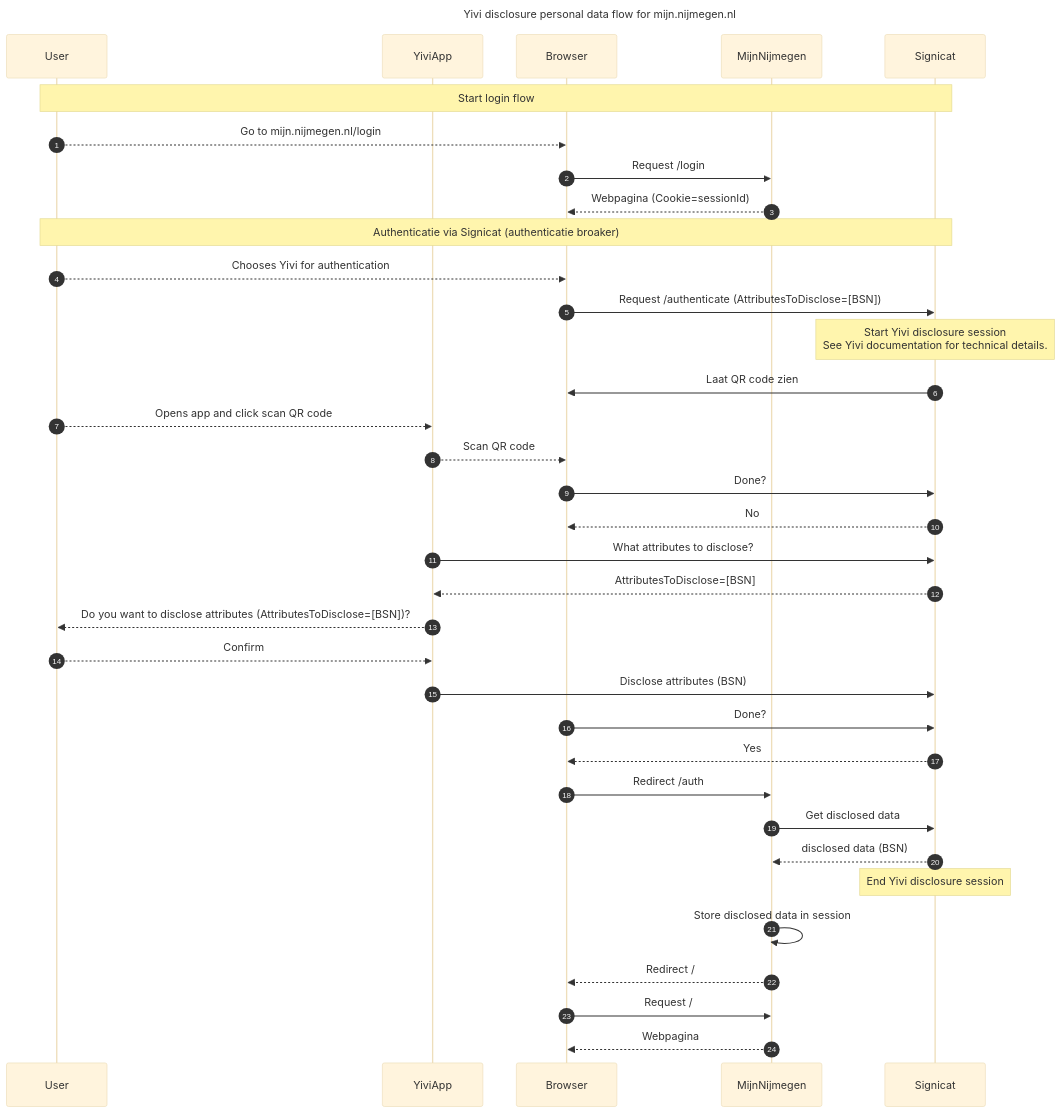
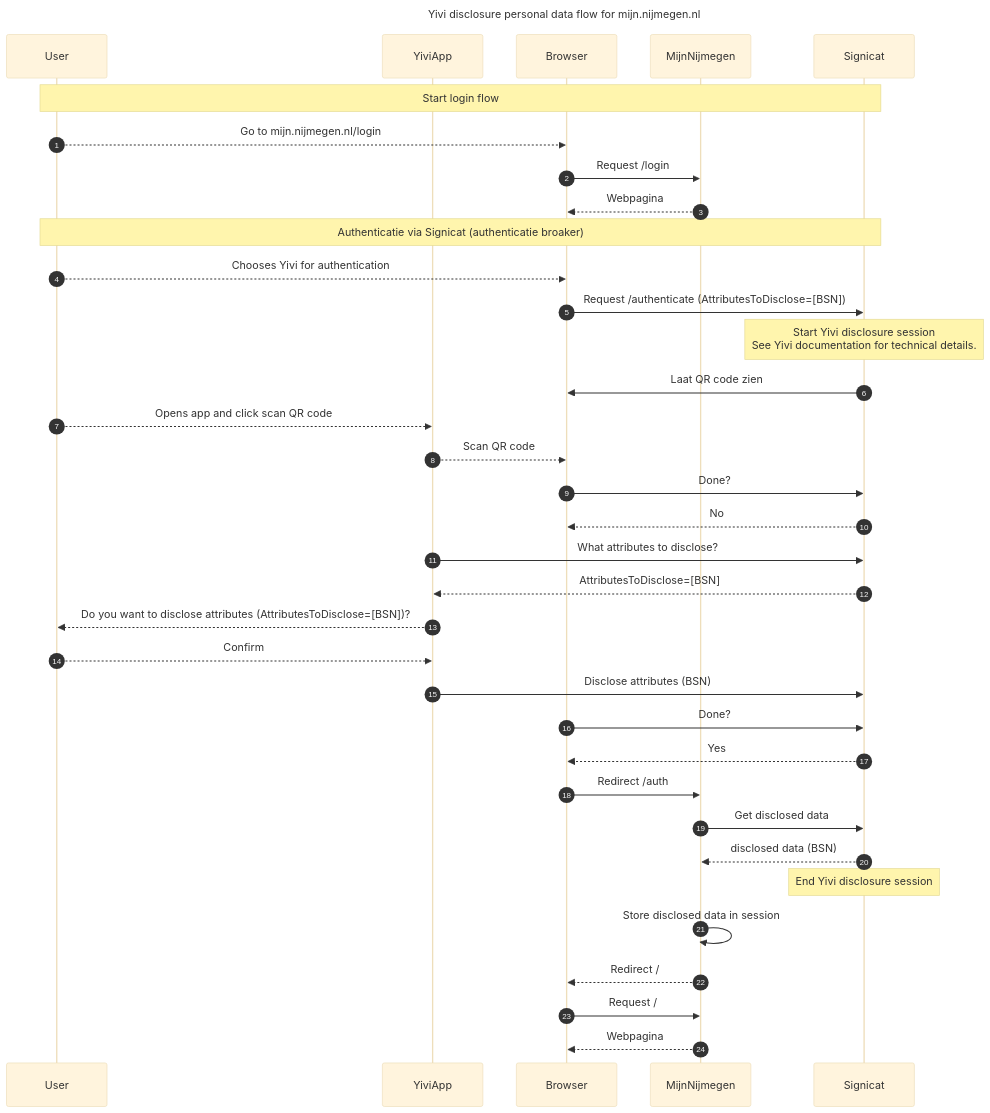
Before and after one commit to GemeenteNijmegen/irma-issue-app: the diagram in docs/disclose-flow.md, drawn with Mermaid (base theme).

Commit message:
docs: removed single sessionid from plaat

````diff
--- a/docs/disclose-flow.md
+++ b/docs/disclose-flow.md
@@ -3,54 +3,54 @@
 ```mermaid
 sequenceDiagram
 autonumber
 
 title Yivi disclosure personal data flow for mijn.nijmegen.nl
 
 participant User
 participant YiviApp
 participant Browser
 participant MijnNijmegen
 participant Signicat
 
 note over User, Signicat: Start login flow
 User-->>Browser: Go to mijn.nijmegen.nl/login
 
 Browser->>MijnNijmegen: Request /login
-MijnNijmegen-->>Browser: Webpagina (Cookie=sessionId)
+MijnNijmegen-->>Browser: Webpagina
 
 note over User, Signicat: Authenticatie via Signicat (authenticatie broaker)
 
 User-->>Browser: Chooses Yivi for authentication
 Browser->>Signicat: Request /authenticate (AttributesToDisclose=[BSN])
 note over Signicat: Start Yivi disclosure session<br/>See Yivi documentation for technical details.
 Signicat->>Browser: Laat QR code zien
 
 User-->>YiviApp: Opens app and click scan QR code
 YiviApp-->>Browser: Scan QR code
 Browser->>Signicat: Done?
 Signicat-->>Browser: No
 
 YiviApp->>Signicat: What attributes to disclose?
 Signicat-->>YiviApp: AttributesToDisclose=[BSN]
 
 
 YiviApp-->>User: Do you want to disclose attributes (AttributesToDisclose=[BSN])?
 User-->>YiviApp: Confirm
 
 YiviApp->>Signicat: Disclose attributes (BSN)
 Browser->>Signicat: Done?
 Signicat-->>Browser: Yes
 
 
 
 Browser->>MijnNijmegen: Redirect /auth
 MijnNijmegen->>Signicat: Get disclosed data
 Signicat-->>MijnNijmegen: disclosed data (BSN)
 note over Signicat: End Yivi disclosure session
 
 MijnNijmegen->>MijnNijmegen: Store disclosed data in session
 MijnNijmegen-->>Browser: Redirect /
 Browser->>MijnNijmegen: Request /
 MijnNijmegen-->>Browser: Webpagina
 
 ```
````
